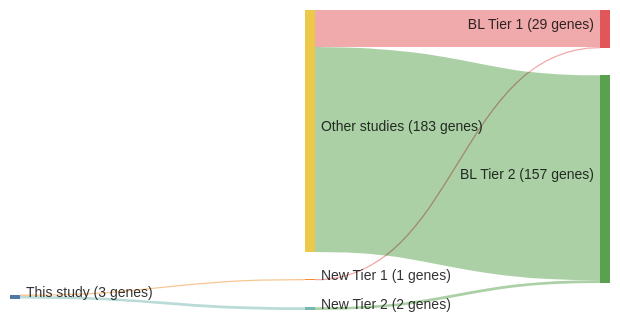
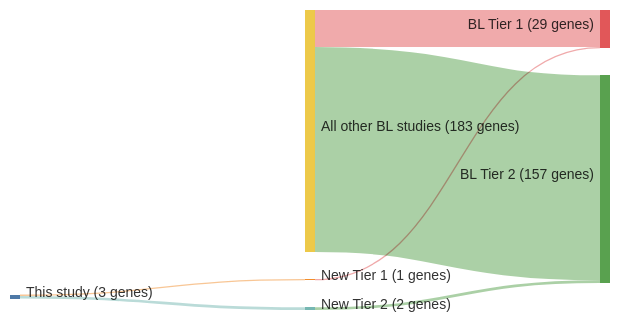
One commit to morinlab/lymphopedia changed the diagram in papers/muppidiLossSignalingGa132014b.md. Above: the diagram before and after it, drawn with Mermaid. The commit also changed 82 other files, not shown here.

````diff
--- a/papers/muppidiLossSignalingGa132014b.md
+++ b/papers/muppidiLossSignalingGa132014b.md
@@ -12,20 +12,20 @@
 ```mermaid
 ---
 config:
     sankey:
         showValues: true
         linkColor: target
         width: 600
         height: 300
         nodeAlignment: right
         prefix: '('
         suffix: ' genes)'
 ---
 sankey-beta
 This study, New Tier 1, 1
 New Tier 1, BL Tier 1, 1
 This study, New Tier 2, 2
 New Tier 2, BL Tier 2, 2
-Other studies, BL Tier 1, 28
-Other studies, BL Tier 2, 155
+All other BL studies, BL Tier 1, 28
+All other BL studies, BL Tier 2, 155
 ```
````
